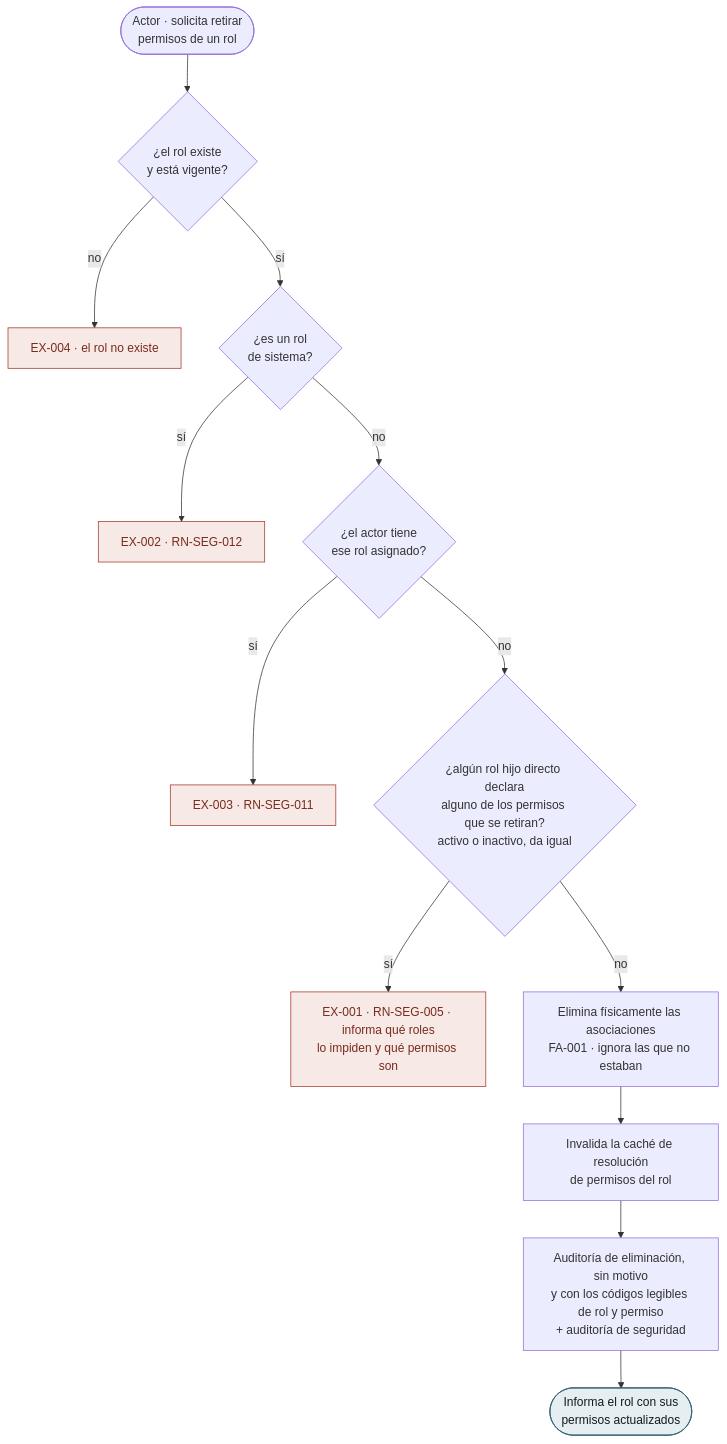
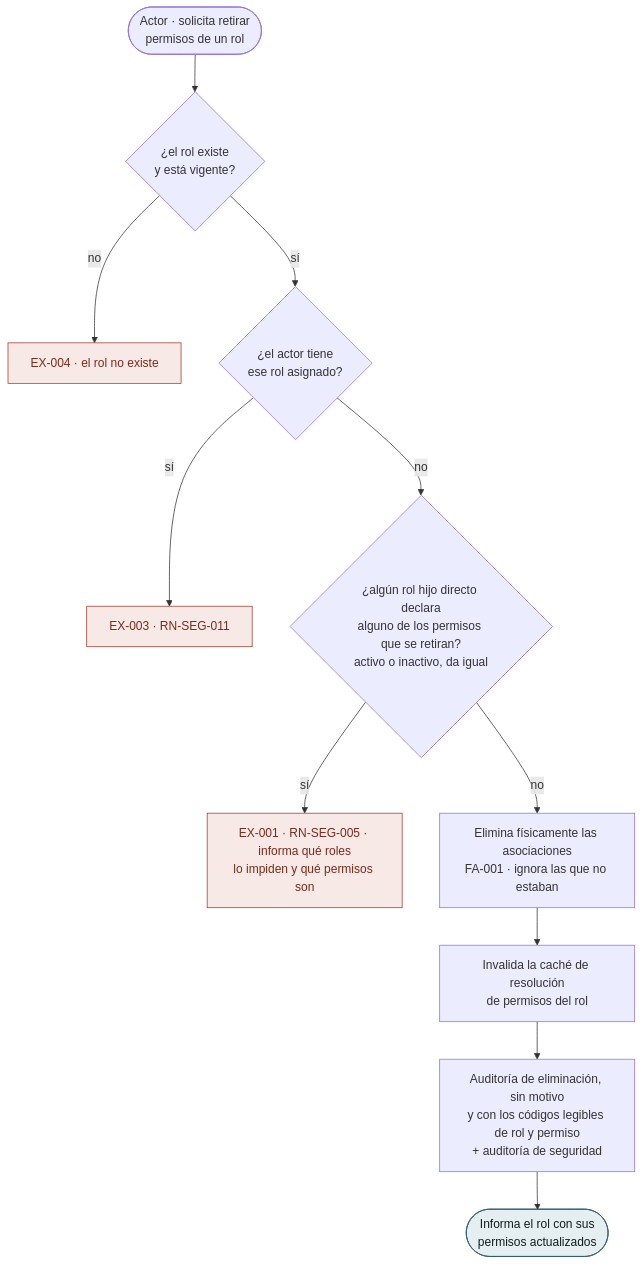
One commit to NexusPro-Dev/backend changed the sixth of 44 diagrams in docs/flujos/sp/flujos-por-caso.md. Above: the diagram before and after it, drawn with Mermaid. The commit also changed other lines of this file and 16 other files, not shown here.

````diff
--- a/docs/flujos/sp/flujos-por-caso.md
+++ b/docs/flujos/sp/flujos-por-caso.md
@@ -185,21 +185,19 @@
 ```mermaid
 flowchart TD
     A(["Actor · solicita retirar<br/>permisos de un rol"])
     A --> V1{"¿el rol existe<br/>y está vigente?"}
     V1 -->|no| E4["EX-004 · el rol no existe"]
-    V1 -->|sí| V2{"¿es un rol<br/>de sistema?"}
-    V2 -->|sí| E2["EX-002 · RN-SEG-012"]
-    V2 -->|no| V3{"¿el actor tiene<br/>ese rol asignado?"}
+    V1 -->|sí| V3{"¿el actor tiene<br/>ese rol asignado?"}
     V3 -->|sí| E3["EX-003 · RN-SEG-011"]
     V3 -->|no| V4{"¿algún rol hijo directo declara<br/>alguno de los permisos que se retiran?<br/>activo o inactivo, da igual"}
     V4 -->|sí| E1["EX-001 · RN-SEG-005 · informa qué roles<br/>lo impiden y qué permisos son"]
     V4 -->|no| P1["Elimina físicamente las asociaciones<br/>FA-001 · ignora las que no estaban"]
     P1 --> P2["Invalida la caché de resolución<br/>de permisos del rol"]
     P2 --> P3["Auditoría de eliminación, sin motivo<br/>y con los códigos legibles de rol y permiso<br/>+ auditoría de seguridad"]
     P3 --> FIN(["Informa el rol con sus<br/>permisos actualizados"])
 
     classDef ex fill:#F7E9E5,stroke:#A33B2A,color:#7A2B1E
     classDef ok fill:#E5EEF0,stroke:#2D5A6B,color:#141B1E
-    class E1,E2,E3,E4 ex
+    class E1,E3,E4 ex
     class FIN ok
 ```
````
